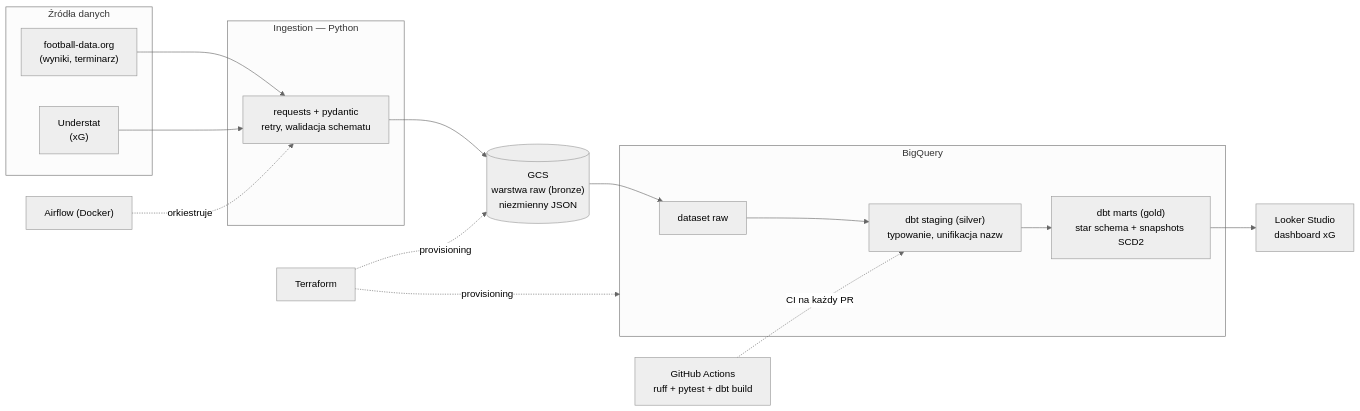
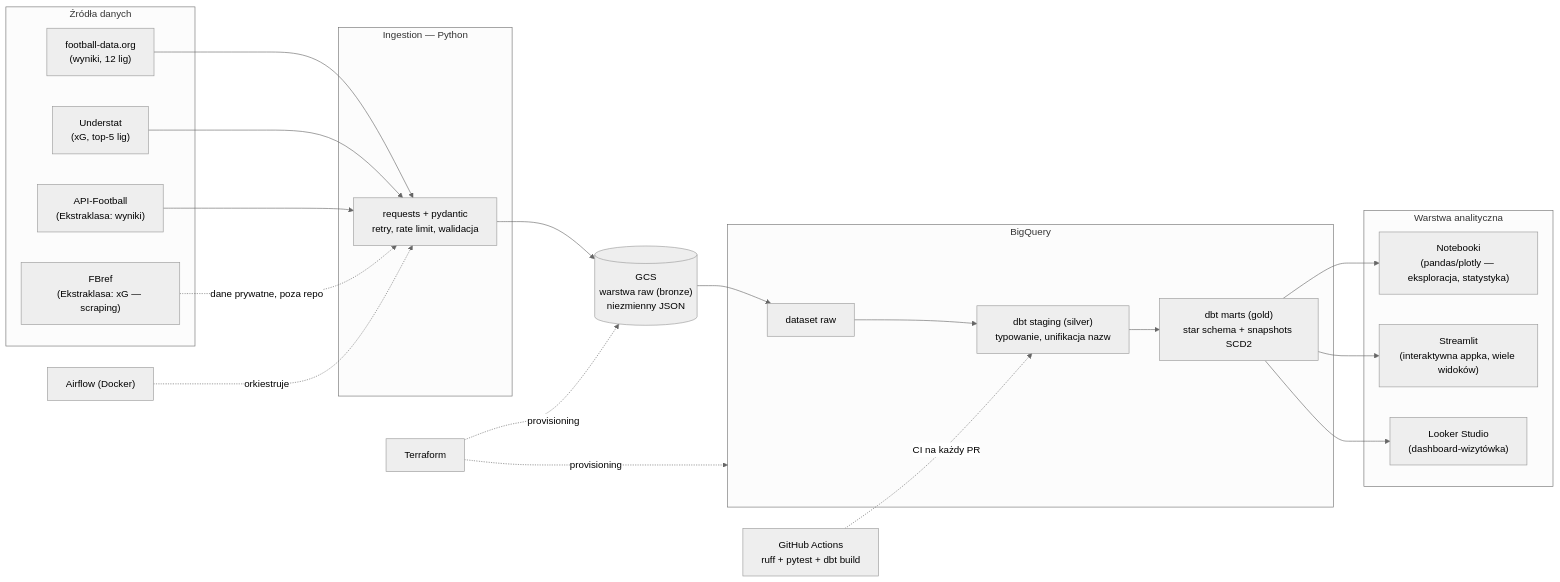
One commit to szymonjank111/sport_analytics changed the diagram in plan.md. Above: the diagram before and after it, drawn with Mermaid (neutral theme). The commit also changed other lines of this file and 5 other files, not shown here.

````diff
--- a/plan.md
+++ b/plan.md
@@ -28,26 +41,37 @@
 ```mermaid
 flowchart LR
     subgraph zrodla [Źródła danych]
-        FD["football-data.org<br/>(wyniki, terminarz)"]
-        US["Understat<br/>(xG)"]
+        FD["football-data.org<br/>(wyniki, 12 lig)"]
+        US["Understat<br/>(xG, top-5 lig)"]
+        AP["API-Football<br/>(Ekstraklasa: wyniki)"]
+        FB["FBref<br/>(Ekstraklasa: xG — scraping)"]
     end
     subgraph ing [Ingestion — Python]
-        PY["requests + pydantic<br/>retry, walidacja schematu"]
+        PY["requests + pydantic<br/>retry, rate limit, walidacja"]
     end
     RAW[("GCS<br/>warstwa raw (bronze)<br/>niezmienny JSON")]
     subgraph bq [BigQuery]
         BR["dataset raw"]
         ST["dbt staging (silver)<br/>typowanie, unifikacja nazw"]
         MA["dbt marts (gold)<br/>star schema + snapshots SCD2"]
     end
-    BI["Looker Studio<br/>dashboard xG"]
+    subgraph konsum [Warstwa analityczna]
+        NB["Notebooki<br/>(pandas/plotly — eksploracja, statystyka)"]
+        SL["Streamlit<br/>(interaktywna appka, wiele widoków)"]
+        BI["Looker Studio<br/>(dashboard-wizytówka)"]
+    end
 
     FD --> PY
     US --> PY
-    PY --> RAW --> BR --> ST --> MA --> BI
+    AP --> PY
+    FB -. dane prywatne, poza repo .-> PY
+    PY --> RAW --> BR --> ST --> MA
+    MA --> NB
+    MA --> SL
+    MA --> BI
 
     AF["Airflow (Docker)"] -. orkiestruje .-> PY
     TF["Terraform"] -. provisioning .-> RAW
     TF -. provisioning .-> bq
     CI["GitHub Actions<br/>ruff + pytest + dbt build"] -. CI na każdy PR .-> ST
 ```
````
